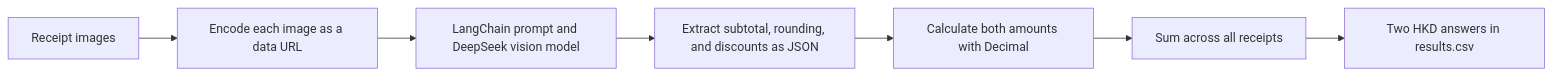
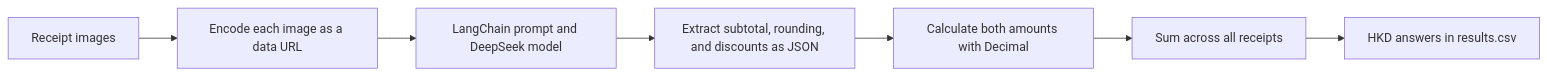
One commit to bxntyFstKd3/FTEC5660 changed the diagram in README.md. Above: the diagram before and after it, drawn with Mermaid.

Commit message:
Adding FlochartLR

````diff
--- a/README.md
+++ b/README.md
@@ -53,9 +53,9 @@
 ```mermaid
 flowchart LR
     A[Receipt images] --> B[Encode each image as a data URL]
-    B --> C[LangChain prompt and DeepSeek vision model]
+    B --> C[LangChain prompt and DeepSeek model]
     C --> D[Extract subtotal, rounding, and discounts as JSON]
     D --> E[Calculate both amounts with Decimal]
     E --> F[Sum across all receipts]
-    F --> G[Two HKD answers in results.csv]
+    F --> G[HKD answers in results.csv]
 ```
````
